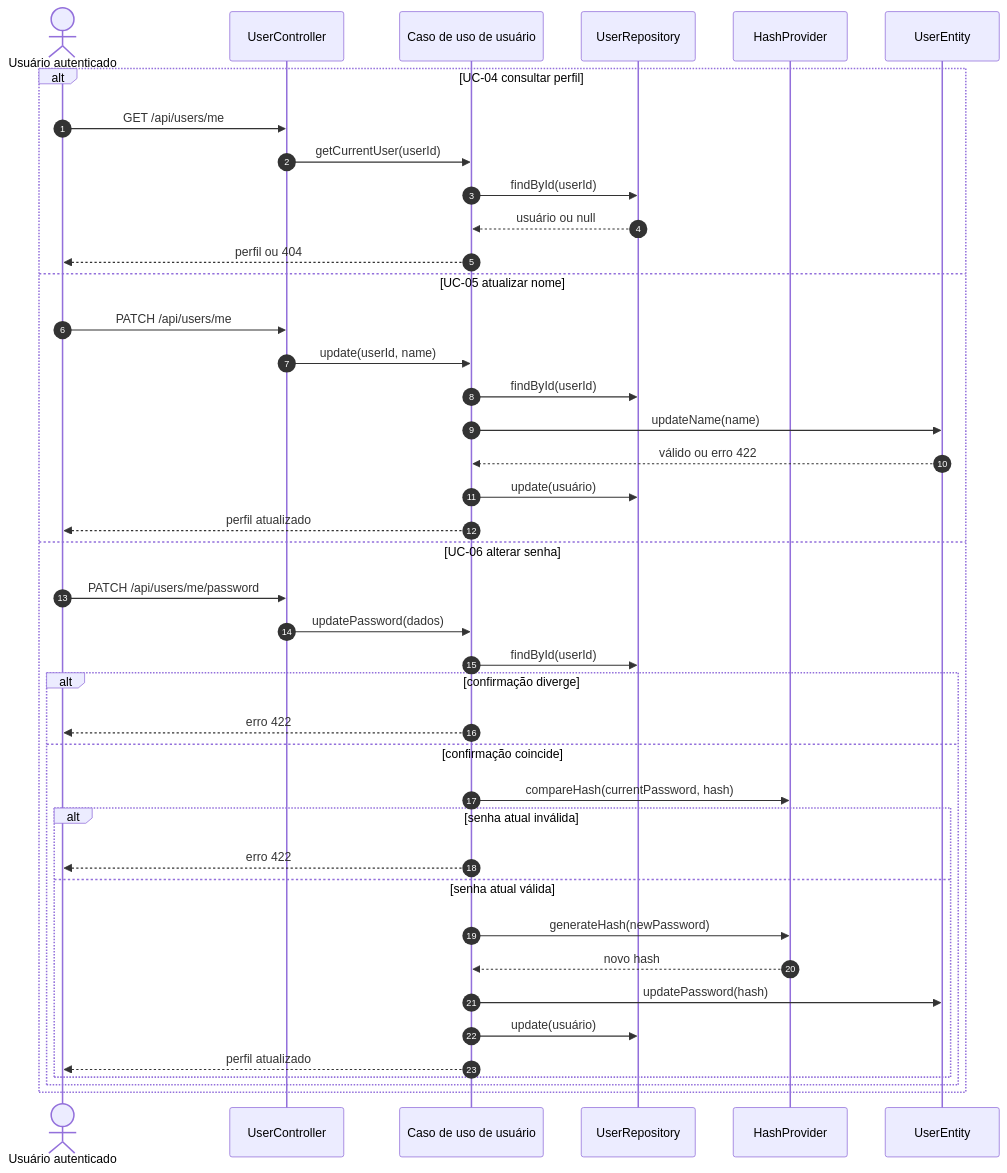
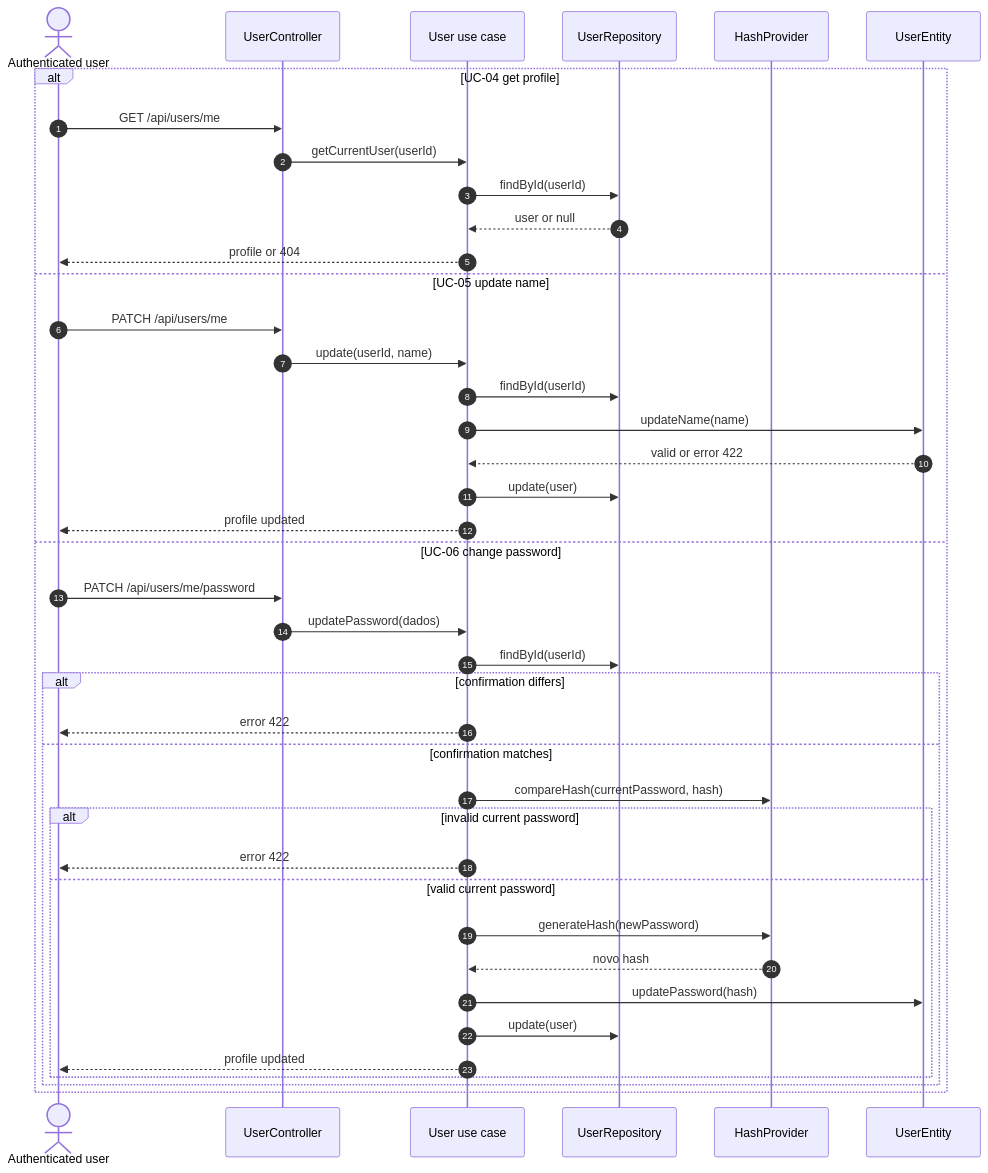
One commit to Lucalopezz/DevLog changed the fifth of 6 diagrams in docs/diagrams/sequences/account-and-tags.md. Above: the diagram before and after it, drawn with Mermaid. The commit also changed other lines of this file and 235 other files, not shown here.

````diff
--- a/docs/diagrams/sequences/account-and-tags.md
+++ b/docs/diagrams/sequences/account-and-tags.md
@@ -118,44 +118,44 @@
 ```mermaid
 sequenceDiagram
     autonumber
-    actor Usuario as Usuário autenticado
+    actor UserActor as Authenticated user
     participant C as UserController
-    participant UC as Caso de uso de usuário
+    participant UC as User use case
     participant URepo as UserRepository
     participant Hash as HashProvider
     participant User as UserEntity
 
-    alt UC-04 consultar perfil
-        Usuario->>C: GET /api/users/me
+    alt UC-04 get profile
+        UserActor->>C: GET /api/users/me
         C->>UC: getCurrentUser(userId)
         UC->>URepo: findById(userId)
-        URepo-->>UC: usuário ou null
-        UC-->>Usuario: perfil ou 404
-    else UC-05 atualizar nome
-        Usuario->>C: PATCH /api/users/me
+        URepo-->>UC: user or null
+        UC-->>UserActor: profile or 404
+    else UC-05 update name
+        UserActor->>C: PATCH /api/users/me
         C->>UC: update(userId, name)
         UC->>URepo: findById(userId)
         UC->>User: updateName(name)
-        User-->>UC: válido ou erro 422
-        UC->>URepo: update(usuário)
-        UC-->>Usuario: perfil atualizado
-    else UC-06 alterar senha
-        Usuario->>C: PATCH /api/users/me/password
+        User-->>UC: valid or error 422
+        UC->>URepo: update(user)
+        UC-->>UserActor: profile updated
+    else UC-06 change password
+        UserActor->>C: PATCH /api/users/me/password
         C->>UC: updatePassword(dados)
         UC->>URepo: findById(userId)
-        alt confirmação diverge
-            UC-->>Usuario: erro 422
-        else confirmação coincide
+        alt confirmation differs
+            UC-->>UserActor: error 422
+        else confirmation matches
             UC->>Hash: compareHash(currentPassword, hash)
-            alt senha atual inválida
-                UC-->>Usuario: erro 422
-            else senha atual válida
+            alt invalid current password
+                UC-->>UserActor: error 422
+            else valid current password
                 UC->>Hash: generateHash(newPassword)
                 Hash-->>UC: novo hash
                 UC->>User: updatePassword(hash)
-                UC->>URepo: update(usuário)
-                UC-->>Usuario: perfil atualizado
+                UC->>URepo: update(user)
+                UC-->>UserActor: profile updated
             end
         end
     end
 ```
````
